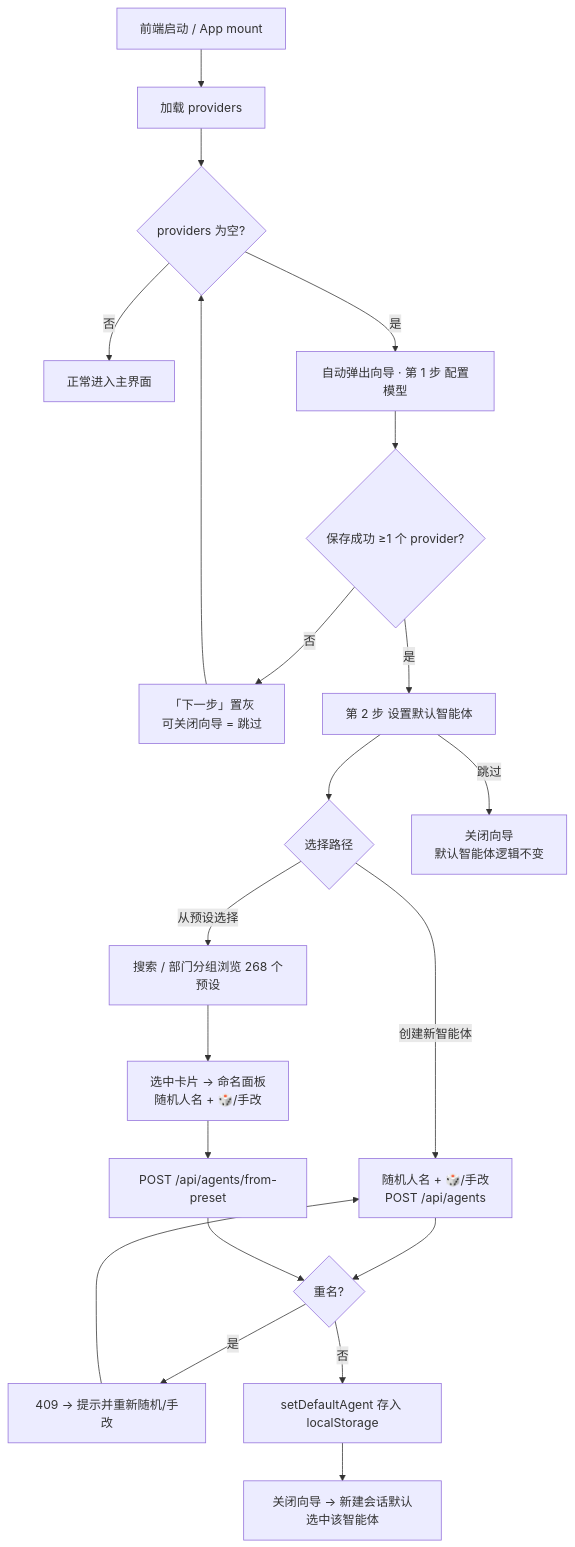
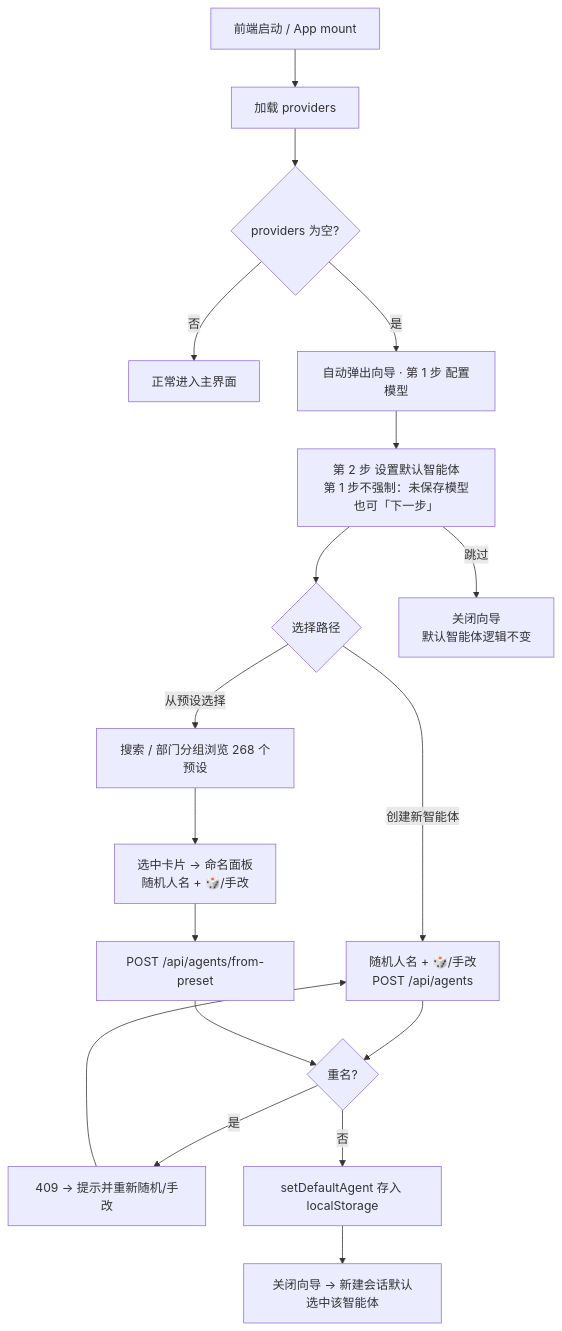
One commit to luandapipi91/Wa-PiAgent changed the first of 4 diagrams in docs/superpowers/specs/2026-08-07-onboarding-wizard-design.md. Above: the diagram before and after it, drawn with Mermaid. The commit also changed other lines of this file and 1 other file, not shown here.

````diff
--- a/docs/superpowers/specs/2026-08-07-onboarding-wizard-design.md
+++ b/docs/superpowers/specs/2026-08-07-onboarding-wizard-design.md
@@ -33,22 +33,19 @@
 ```mermaid
 flowchart TD
     A[前端启动 / App mount] --> B[加载 providers]
     B --> C{providers 为空?}
     C -- 否 --> Z[正常进入主界面]
     C -- 是 --> D[自动弹出向导 · 第 1 步 配置模型]
-    D --> E{保存成功 ≥1 个 provider?}
-    E -- 否 --> F[「下一步」置灰<br/>可关闭向导 = 跳过]
-    F --> C
-    E -- 是 --> G[第 2 步 设置默认智能体]
+    D --> G[第 2 步 设置默认智能体<br/>第 1 步不强制：未保存模型也可「下一步」]
     G --> H{选择路径}
     H -- 创建新智能体 --> I[随机人名 + 🎲/手改<br/>POST /api/agents]
     H -- 从预设选择 --> J[搜索 / 部门分组浏览 268 个预设]
     J --> K[选中卡片 → 命名面板<br/>随机人名 + 🎲/手改]
     K --> L[POST /api/agents/from-preset]
     I --> M{重名?}
     L --> M
     M -- 是 --> N[409 → 提示并重新随机/手改] --> I
     M -- 否 --> O[setDefaultAgent 存入 localStorage]
     O --> P[关闭向导 → 新建会话默认选中该智能体]
     G -- 跳过 --> P2[关闭向导<br/>默认智能体逻辑不变]
 ```
````
